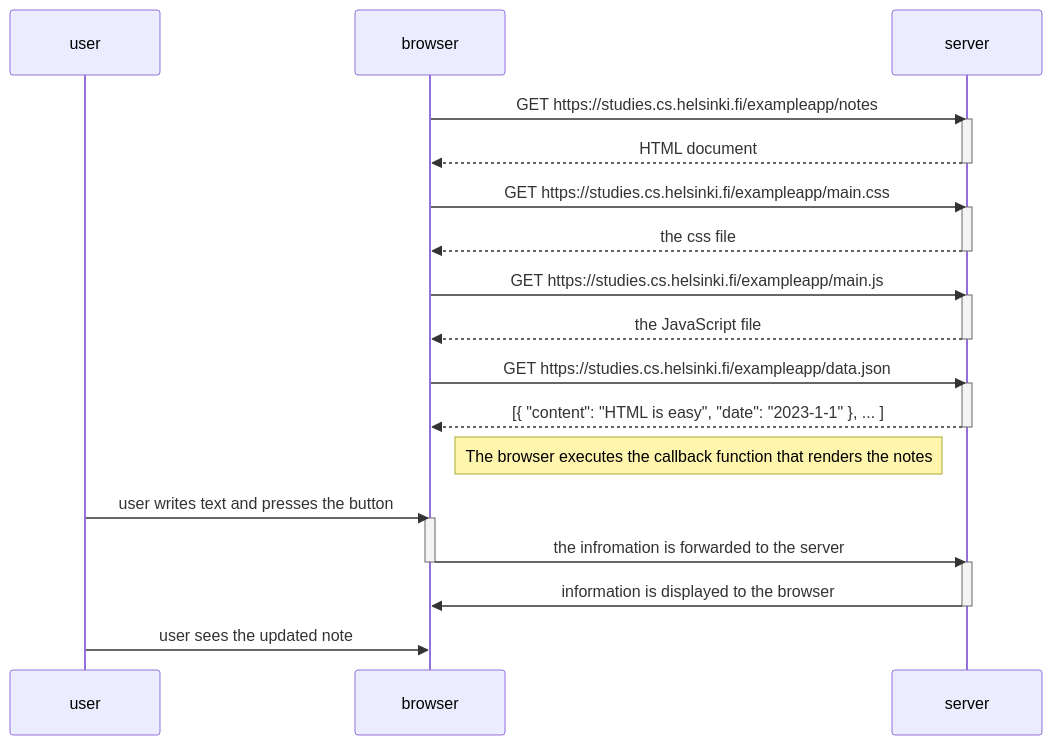
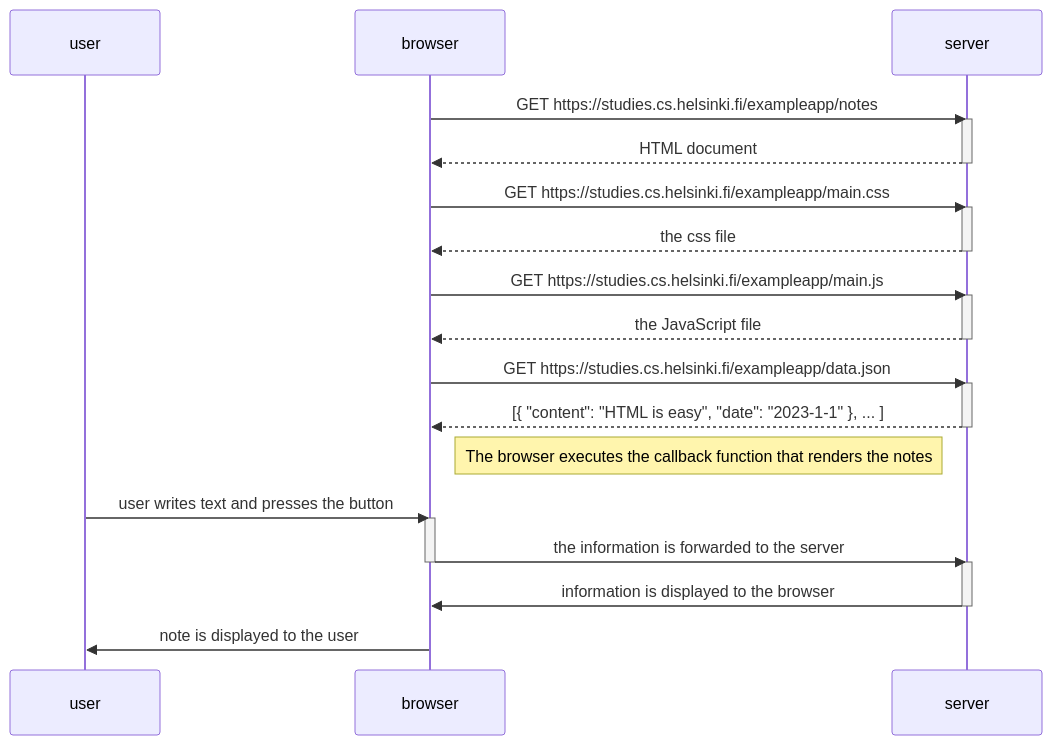
Before and after one commit to leonasihvonen/FULLSTACK: the diagram in osa0/tehtävä4.md, drawn with Mermaid.

Commit message:
vikat muutokset

````diff
--- a/osa0/tehtävä4.md
+++ b/osa0/tehtävä4.md
@@ -1,37 +1,37 @@
 ```mermaid
 sequenceDiagram
     participant user
     participant browser
     participant server
     
     browser->>server: GET https://studies.cs.helsinki.fi/exampleapp/notes
     activate server
     server-->>browser: HTML document
     deactivate server
     
     browser->>server: GET https://studies.cs.helsinki.fi/exampleapp/main.css
     activate server
     server-->>browser: the css file
     deactivate server
     
     browser->>server: GET https://studies.cs.helsinki.fi/exampleapp/main.js
     activate server
     server-->>browser: the JavaScript file
     deactivate server
     
     browser->>server: GET https://studies.cs.helsinki.fi/exampleapp/data.json
     activate server
     server-->>browser: [{ "content": "HTML is easy", "date": "2023-1-1" }, ... ]
     deactivate server    
 
     Note right of browser: The browser executes the callback function that renders the notes 
 
     user->>browser: user writes text and presses the button
     activate browser
-    browser->>server: the infromation is forwarded to the server
+    browser->>server: the information is forwarded to the server
     deactivate browser
     activate server
     server->>browser: information is displayed to the browser
     deactivate server
-    user->>browser: user sees the updated note
+    browser->>user: note is displayed to the user
 ```
````
